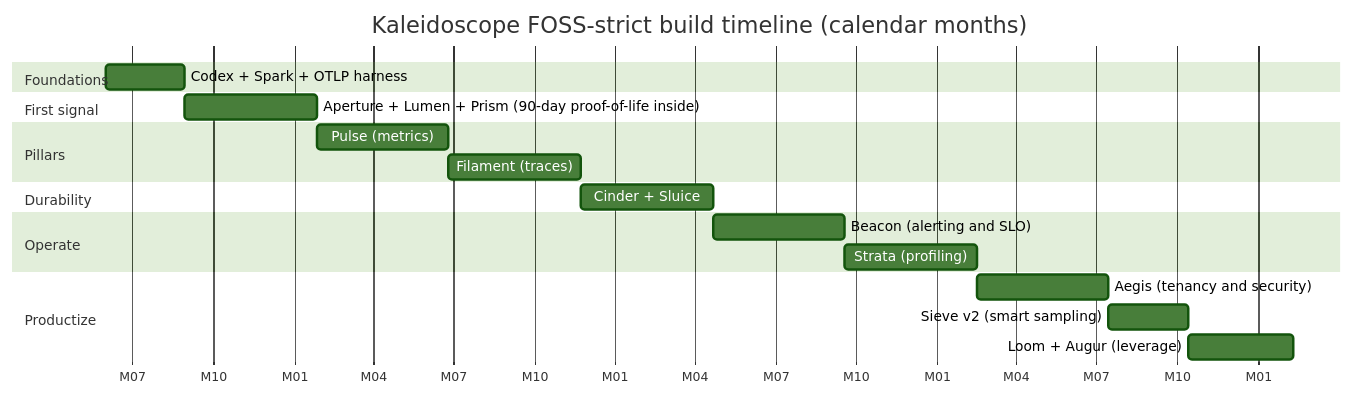
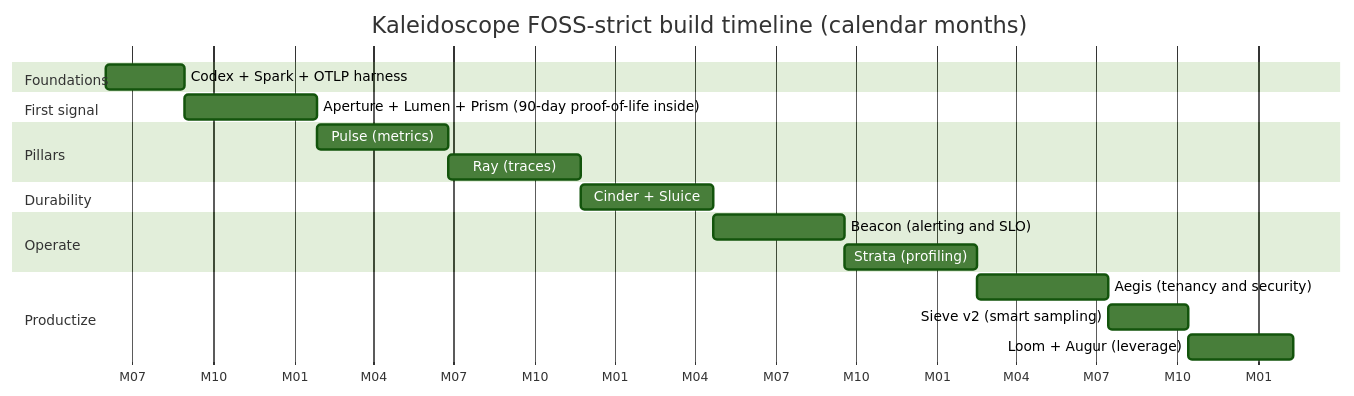
One commit to andrealaforgia/kaleidoscope changed the third of 3 diagrams in docs/roadmap/kaleidoscope-foss-implementation-roadmap.md. Above: the diagram before and after it, drawn with Mermaid (forest theme). The commit also changed other lines of this file and 1 other file, not shown here.

First line of the commit message:
docs: rename trace-storage component Filament to Ray

````diff
--- a/docs/roadmap/kaleidoscope-foss-implementation-roadmap.md
+++ b/docs/roadmap/kaleidoscope-foss-implementation-roadmap.md
@@ -621,22 +621,22 @@
 ```mermaid
 gantt
     title Kaleidoscope FOSS-strict build timeline (calendar months)
     dateFormat  YYYY-MM-DD
     axisFormat  M%m
     section Foundations
     Codex + Spark + OTLP harness        :p0, 2026-06-01, 90d
     section First signal
     Aperture + Lumen + Prism (90-day proof-of-life inside) :p1, after p0, 150d
     section Pillars
     Pulse (metrics)                     :p2, after p1, 150d
-    Filament (traces)                   :p3, after p2, 150d
+    Ray (traces)                   :p3, after p2, 150d
     section Durability
     Cinder + Sluice                     :p4, after p3, 150d
     section Operate
     Beacon (alerting and SLO)           :p5, after p4, 150d
     Strata (profiling)                  :p6, after p5, 150d
     section Productize
     Aegis (tenancy and security)        :p7, after p6, 150d
     Sieve v2 (smart sampling)           :p8, after p7, 90d
     Loom + Augur (leverage)             :p9, after p8, 120d
 ```
````
